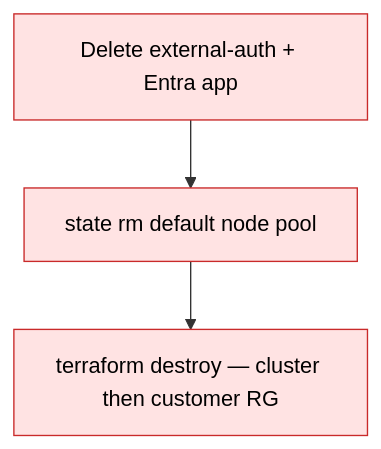
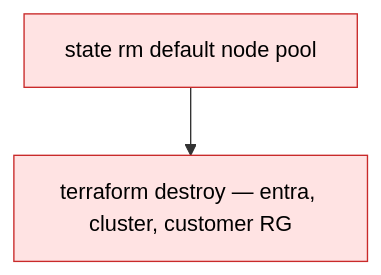
One commit to rh-mobb/aro-hcp changed diagram 13 of 13 in docs/architecture.md. Above: the diagram before and after it, drawn with Mermaid. The commit also changed other lines of this file and 26 other files, not shown here.

First line of the commit message:
feat(entra): provision OIDC app and externalAuths in Terraform

````diff
--- a/docs/architecture.md
+++ b/docs/architecture.md
@@ -831,8 +823,7 @@
 ```mermaid
 flowchart TB
-    ea["Delete external-auth + Entra app"] --> rm["state rm default node pool"]
-    rm --> tf["terraform destroy — cluster then customer RG"]
+    rm["state rm default node pool"] --> tf["terraform destroy — entra, cluster, customer RG"]
 
     classDef step fill:#ffe3e3,stroke:#c92a2a,color:#000
-    class ea,rm,tf step
+    class rm,tf step
 ```
````
